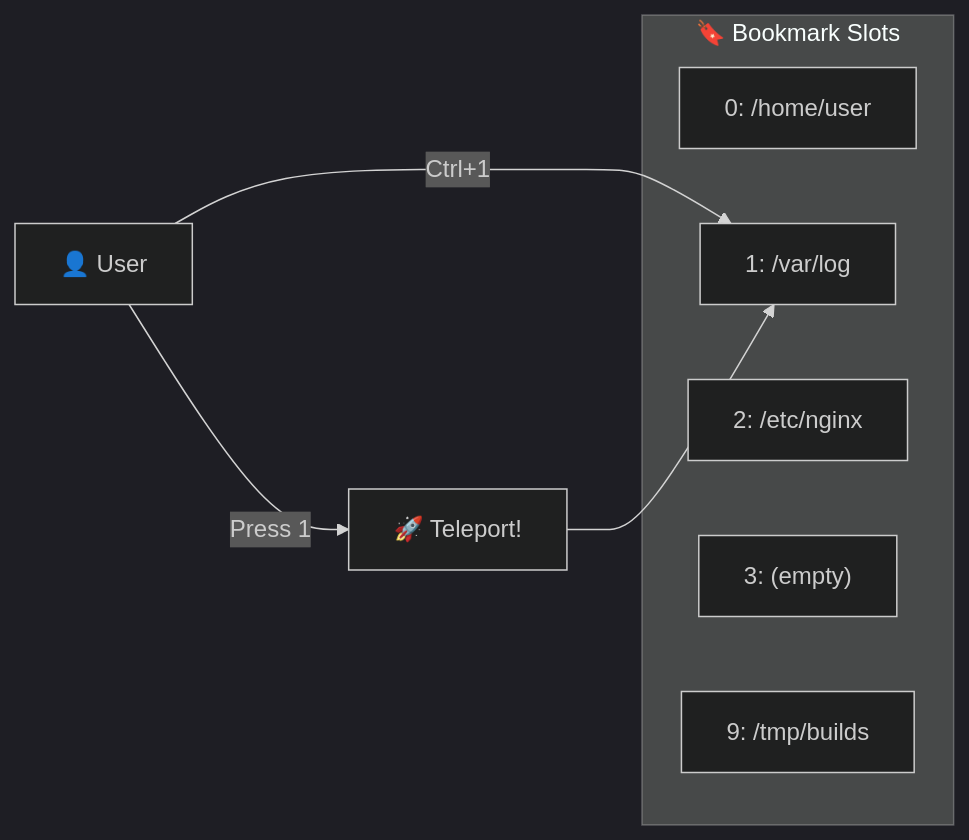
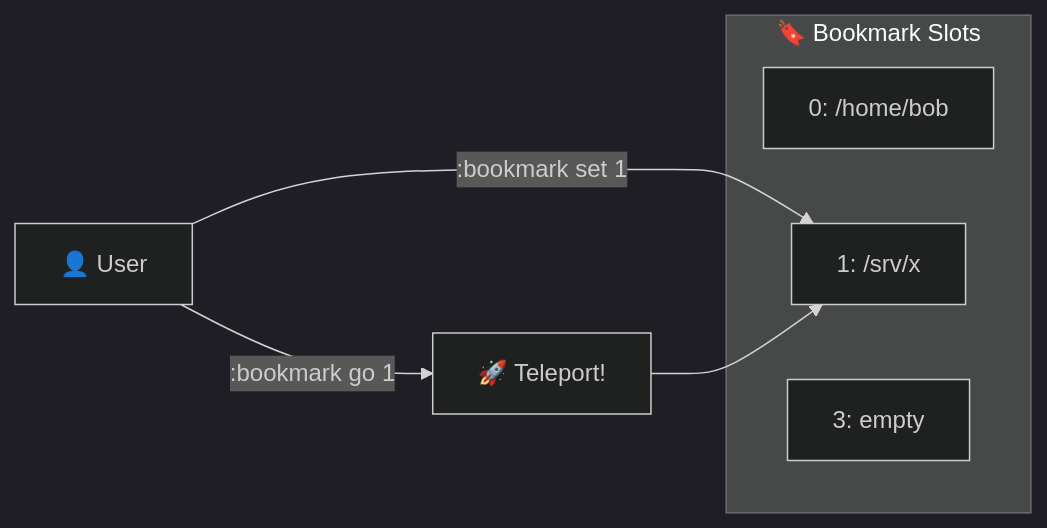
The eighth of 12 diagrams in TUTORIAL.md (stden/FunnyFileManager), drawn with Mermaid (dark theme) before and after one commit. The commit also changed other lines of this file and 18 other files, not shown here.

````diff
--- a/TUTORIAL.md
+++ b/TUTORIAL.md
@@ -358,14 +360,12 @@
 ```mermaid
 graph LR
     subgraph "🔖 Bookmark Slots"
-        B0["0: /home/user"]
-        B1["1: /var/log"]
-        B2["2: /etc/nginx"]
-        B3["3: (empty)"]
-        B9["9: /tmp/builds"]
+        B0["0: /home/bob"]
+        B1["1: /srv/x"]
+        B3["3: empty"]
     end
 
-    U[👤 User] -->|"Ctrl+1"| B1
-    U -->|"Press 1"| JUMP["🚀 Teleport!"]
+    U[👤 User] -->|":bookmark set 1"| B1
+    U -->|":bookmark go 1"| JUMP["🚀 Teleport!"]
     JUMP --> B1
 ```
````
